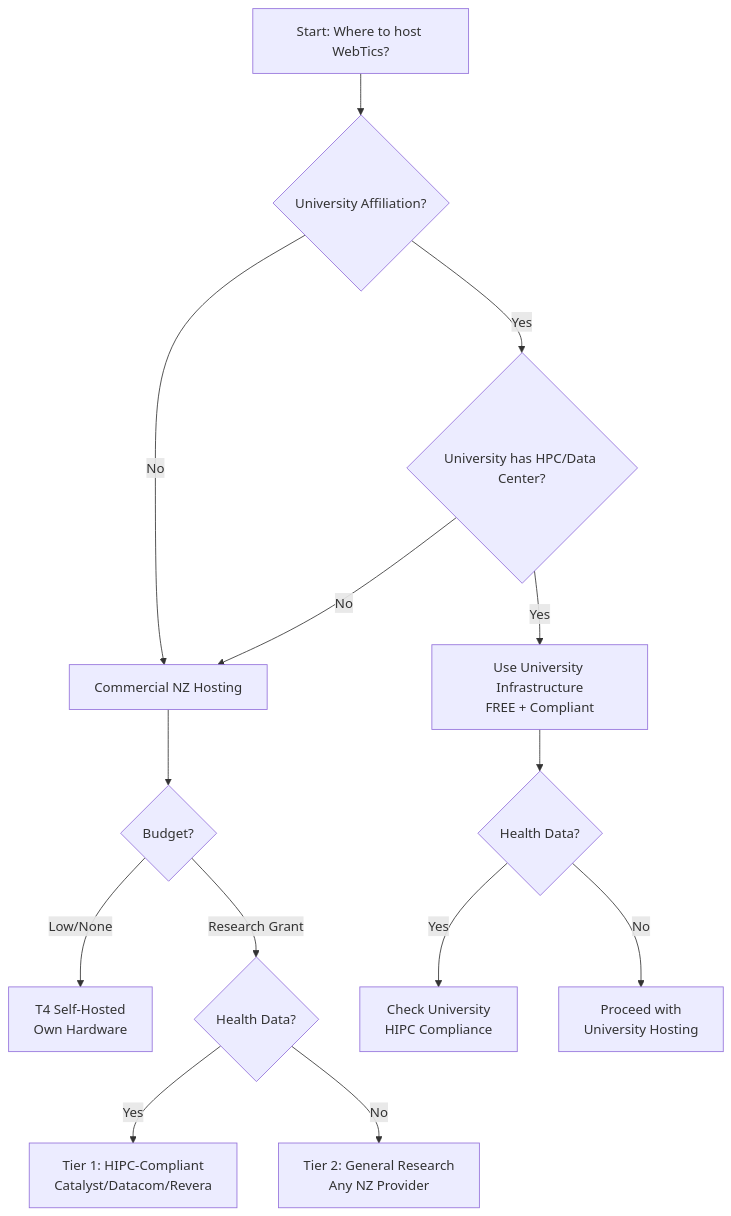
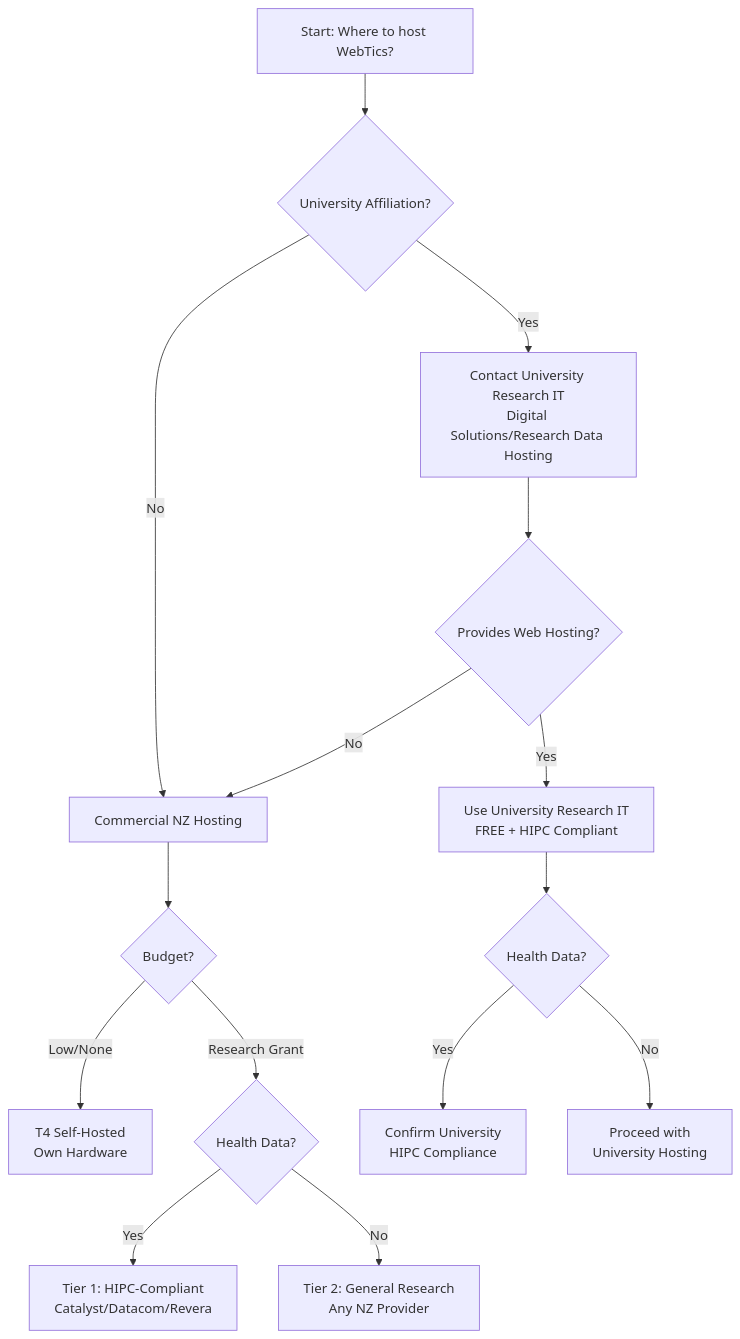
One commit to SimonMcCallum/WebTics changed the first of 3 diagrams in docs/NZ_Hosting_Options.md. Above: the diagram before and after it, drawn with Mermaid. The commit also changed other lines of this file and 2 other files, not shown here.

First line of the commit message:
Correct HPC confusion and verify university contacts

````diff
--- a/docs/NZ_Hosting_Options.md
+++ b/docs/NZ_Hosting_Options.md
@@ -7,20 +41,21 @@
 ```mermaid
 graph TD
     A[Start: Where to host WebTics?] --> B{University Affiliation?}
-    B -->|Yes| C{University has HPC/Data Center?}
+    B -->|Yes| C[Contact University Research IT<br/>Digital Solutions/Research Data Hosting]
     B -->|No| D[Commercial NZ Hosting]
 
-    C -->|Yes| E[Use University Infrastructure<br/>FREE + Compliant]
-    C -->|No| D
+    C --> E{Provides Web Hosting?}
+    E -->|Yes| F[Use University Research IT<br/>FREE + HIPC Compliant]
+    E -->|No| D
 
-    D --> F{Budget?}
-    F -->|Low/None| G[T4 Self-Hosted<br/>Own Hardware]
-    F -->|Research Grant| H{Health Data?}
+    D --> G{Budget?}
+    G -->|Low/None| H[T4 Self-Hosted<br/>Own Hardware]
+    G -->|Research Grant| I{Health Data?}
 
-    H -->|Yes| I[Tier 1: HIPC-Compliant<br/>Catalyst/Datacom/Revera]
-    H -->|No| J[Tier 2: General Research<br/>Any NZ Provider]
+    I -->|Yes| J[Tier 1: HIPC-Compliant<br/>Catalyst/Datacom/Revera]
+    I -->|No| K[Tier 2: General Research<br/>Any NZ Provider]
 
-    E --> K{Health Data?}
-    K -->|Yes| L[Check University<br/>HIPC Compliance]
-    K -->|No| M[Proceed with<br/>University Hosting]
+    F --> L{Health Data?}
+    L -->|Yes| M[Confirm University<br/>HIPC Compliance]
+    L -->|No| N[Proceed with<br/>University Hosting]
 ```
````
